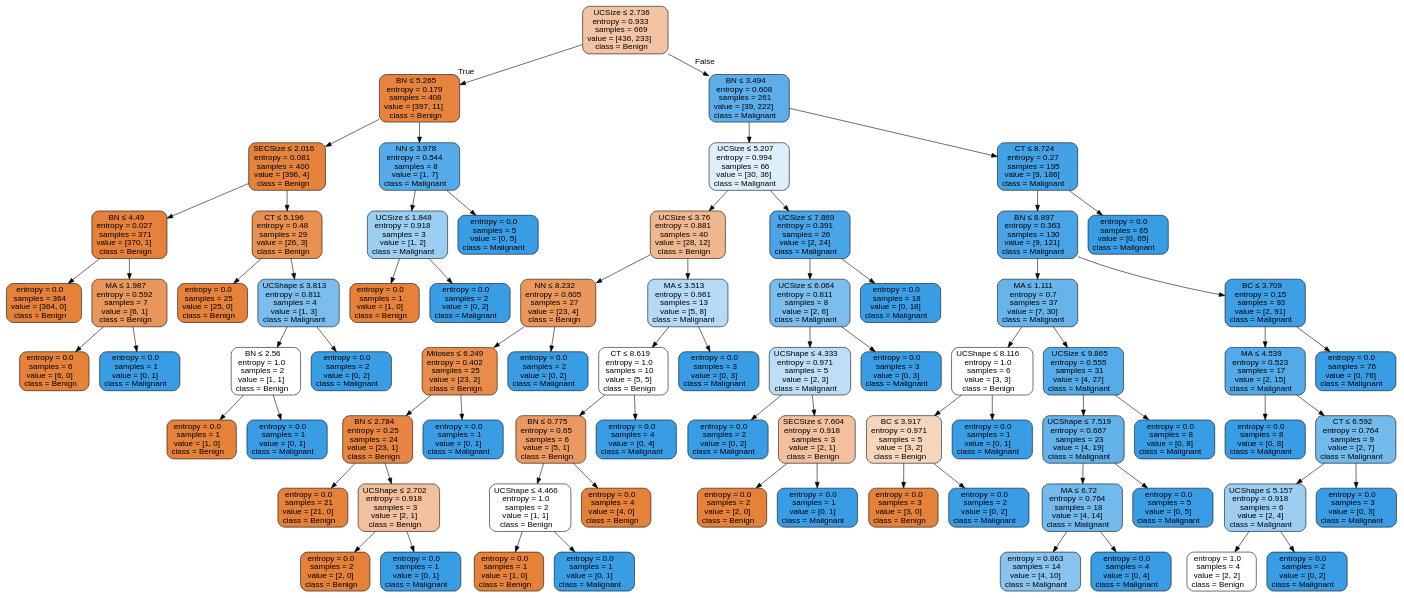
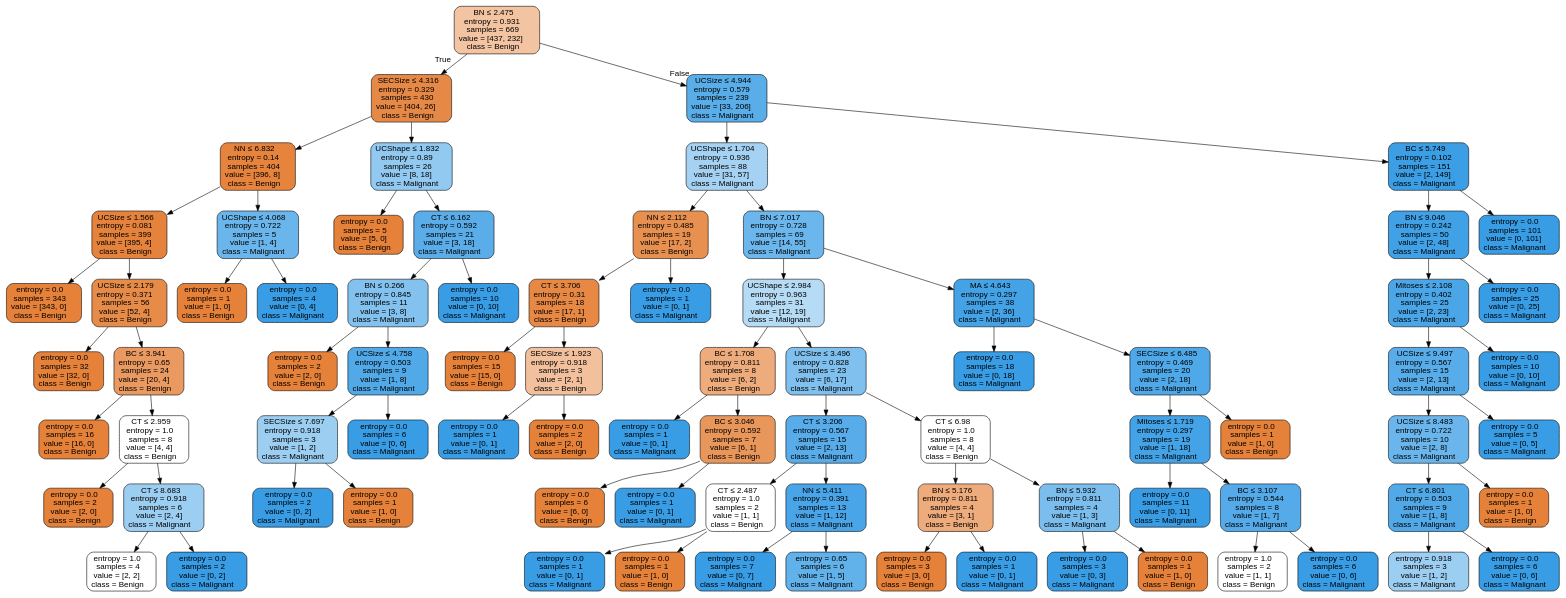
Before and after one commit to TheProjectsGuy/SMAI21-CS7.403: the diagram in Assignments/Assignment 3/Notebooks/tree2.dot, drawn with Graphviz. The commit also changed 5 other files, not shown here.

```diff
--- a/Assignments/Assignment 3/Notebooks/tree2.dot
+++ b/Assignments/Assignment 3/Notebooks/tree2.dot
@@ -1,153 +1,165 @@
 digraph Tree {
 node [shape=box, style="filled, rounded", color="black", fontname="helvetica"] ;
 edge [fontname="helvetica"] ;
-0 [label=<UCSize &le; 2.736<br/>entropy = 0.933<br/>samples = 669<br/>value = [436, 233]<br/>class = Benign>, fillcolor="#f3c4a3"] ;
-1 [label=<BN &le; 5.265<br/>entropy = 0.179<br/>samples = 408<br/>value = [397, 11]<br/>class = Benign>, fillcolor="#e6843e"] ;
+0 [label=<BN &le; 2.475<br/>entropy = 0.931<br/>samples = 669<br/>value = [437, 232]<br/>class = Benign>, fillcolor="#f3c4a2"] ;
+1 [label=<SECSize &le; 4.316<br/>entropy = 0.329<br/>samples = 430<br/>value = [404, 26]<br/>class = Benign>, fillcolor="#e78946"] ;
 0 -> 1 [labeldistance=2.5, labelangle=45, headlabel="True"] ;
-2 [label=<SECSize &le; 2.016<br/>entropy = 0.081<br/>samples = 400<br/>value = [396, 4]<br/>class = Benign>, fillcolor="#e5823b"] ;
+2 [label=<NN &le; 6.832<br/>entropy = 0.14<br/>samples = 404<br/>value = [396, 8]<br/>class = Benign>, fillcolor="#e6843d"] ;
 1 -> 2 ;
-3 [label=<BN &le; 4.49<br/>entropy = 0.027<br/>samples = 371<br/>value = [370, 1]<br/>class = Benign>, fillcolor="#e5813a"] ;
+3 [label=<UCSize &le; 1.566<br/>entropy = 0.081<br/>samples = 399<br/>value = [395, 4]<br/>class = Benign>, fillcolor="#e5823b"] ;
 2 -> 3 ;
-4 [label=<entropy = 0.0<br/>samples = 364<br/>value = [364, 0]<br/>class = Benign>, fillcolor="#e58139"] ;
+4 [label=<entropy = 0.0<br/>samples = 343<br/>value = [343, 0]<br/>class = Benign>, fillcolor="#e58139"] ;
 3 -> 4 ;
-5 [label=<MA &le; 1.987<br/>entropy = 0.592<br/>samples = 7<br/>value = [6, 1]<br/>class = Benign>, fillcolor="#e9965a"] ;
+5 [label=<UCSize &le; 2.179<br/>entropy = 0.371<br/>samples = 56<br/>value = [52, 4]<br/>class = Benign>, fillcolor="#e78b48"] ;
 3 -> 5 ;
-6 [label=<entropy = 0.0<br/>samples = 6<br/>value = [6, 0]<br/>class = Benign>, fillcolor="#e58139"] ;
+6 [label=<entropy = 0.0<br/>samples = 32<br/>value = [32, 0]<br/>class = Benign>, fillcolor="#e58139"] ;
 5 -> 6 ;
-7 [label=<entropy = 0.0<br/>samples = 1<br/>value = [0, 1]<br/>class = Malignant>, fillcolor="#399de5"] ;
+7 [label=<BC &le; 3.941<br/>entropy = 0.65<br/>samples = 24<br/>value = [20, 4]<br/>class = Benign>, fillcolor="#ea9a61"] ;
 5 -> 7 ;
-8 [label=<CT &le; 5.196<br/>entropy = 0.48<br/>samples = 29<br/>value = [26, 3]<br/>class = Benign>, fillcolor="#e89050"] ;
-2 -> 8 ;
-9 [label=<entropy = 0.0<br/>samples = 25<br/>value = [25, 0]<br/>class = Benign>, fillcolor="#e58139"] ;
-8 -> 9 ;
-10 [label=<UCShape &le; 3.813<br/>entropy = 0.811<br/>samples = 4<br/>value = [1, 3]<br/>class = Malignant>, fillcolor="#7bbeee"] ;
-8 -> 10 ;
-11 [label=<BN &le; 2.56<br/>entropy = 1.0<br/>samples = 2<br/>value = [1, 1]<br/>class = Benign>, fillcolor="#ffffff"] ;
-10 -> 11 ;
-12 [label=<entropy = 0.0<br/>samples = 1<br/>value = [1, 0]<br/>class = Benign>, fillcolor="#e58139"] ;
+8 [label=<entropy = 0.0<br/>samples = 16<br/>value = [16, 0]<br/>class = Benign>, fillcolor="#e58139"] ;
+7 -> 8 ;
+9 [label=<CT &le; 2.959<br/>entropy = 1.0<br/>samples = 8<br/>value = [4, 4]<br/>class = Benign>, fillcolor="#ffffff"] ;
+7 -> 9 ;
+10 [label=<entropy = 0.0<br/>samples = 2<br/>value = [2, 0]<br/>class = Benign>, fillcolor="#e58139"] ;
+9 -> 10 ;
+11 [label=<CT &le; 8.683<br/>entropy = 0.918<br/>samples = 6<br/>value = [2, 4]<br/>class = Malignant>, fillcolor="#9ccef2"] ;
+9 -> 11 ;
+12 [label=<entropy = 1.0<br/>samples = 4<br/>value = [2, 2]<br/>class = Benign>, fillcolor="#ffffff"] ;
 11 -> 12 ;
-13 [label=<entropy = 0.0<br/>samples = 1<br/>value = [0, 1]<br/>class = Malignant>, fillcolor="#399de5"] ;
+13 [label=<entropy = 0.0<br/>samples = 2<br/>value = [0, 2]<br/>class = Malignant>, fillcolor="#399de5"] ;
 11 -> 13 ;
-14 [label=<entropy = 0.0<br/>samples = 2<br/>value = [0, 2]<br/>class = Malignant>, fillcolor="#399de5"] ;
-10 -> 14 ;
-15 [label=<NN &le; 3.978<br/>entropy = 0.544<br/>samples = 8<br/>value = [1, 7]<br/>class = Malignant>, fillcolor="#55abe9"] ;
-1 -> 15 ;
-16 [label=<UCSize &le; 1.848<br/>entropy = 0.918<br/>samples = 3<br/>value = [1, 2]<br/>class = Malignant>, fillcolor="#9ccef2"] ;
-15 -> 16 ;
-17 [label=<entropy = 0.0<br/>samples = 1<br/>value = [1, 0]<br/>class = Benign>, fillcolor="#e58139"] ;
-16 -> 17 ;
-18 [label=<entropy = 0.0<br/>samples = 2<br/>value = [0, 2]<br/>class = Malignant>, fillcolor="#399de5"] ;
-16 -> 18 ;
-19 [label=<entropy = 0.0<br/>samples = 5<br/>value = [0, 5]<br/>class = Malignant>, fillcolor="#399de5"] ;
-15 -> 19 ;
-20 [label=<BN &le; 3.494<br/>entropy = 0.608<br/>samples = 261<br/>value = [39, 222]<br/>class = Malignant>, fillcolor="#5caeea"] ;
-0 -> 20 [labeldistance=2.5, labelangle=-45, headlabel="False"] ;
-21 [label=<UCSize &le; 5.207<br/>entropy = 0.994<br/>samples = 66<br/>value = [30, 36]<br/>class = Malignant>, fillcolor="#deeffb"] ;
+14 [label=<UCShape &le; 4.068<br/>entropy = 0.722<br/>samples = 5<br/>value = [1, 4]<br/>class = Malignant>, fillcolor="#6ab6ec"] ;
+2 -> 14 ;
+15 [label=<entropy = 0.0<br/>samples = 1<br/>value = [1, 0]<br/>class = Benign>, fillcolor="#e58139"] ;
+14 -> 15 ;
+16 [label=<entropy = 0.0<br/>samples = 4<br/>value = [0, 4]<br/>class = Malignant>, fillcolor="#399de5"] ;
+14 -> 16 ;
+17 [label=<UCShape &le; 1.832<br/>entropy = 0.89<br/>samples = 26<br/>value = [8, 18]<br/>class = Malignant>, fillcolor="#91c9f1"] ;
+1 -> 17 ;
+18 [label=<entropy = 0.0<br/>samples = 5<br/>value = [5, 0]<br/>class = Benign>, fillcolor="#e58139"] ;
+17 -> 18 ;
+19 [label=<CT &le; 6.162<br/>entropy = 0.592<br/>samples = 21<br/>value = [3, 18]<br/>class = Malignant>, fillcolor="#5aade9"] ;
+17 -> 19 ;
+20 [label=<BN &le; 0.266<br/>entropy = 0.845<br/>samples = 11<br/>value = [3, 8]<br/>class = Malignant>, fillcolor="#83c2ef"] ;
+19 -> 20 ;
+21 [label=<entropy = 0.0<br/>samples = 2<br/>value = [2, 0]<br/>class = Benign>, fillcolor="#e58139"] ;
 20 -> 21 ;
-22 [label=<UCSize &le; 3.76<br/>entropy = 0.881<br/>samples = 40<br/>value = [28, 12]<br/>class = Benign>, fillcolor="#f0b78e"] ;
-21 -> 22 ;
-23 [label=<NN &le; 8.232<br/>entropy = 0.605<br/>samples = 27<br/>value = [23, 4]<br/>class = Benign>, fillcolor="#ea975b"] ;
+22 [label=<UCSize &le; 4.758<br/>entropy = 0.503<br/>samples = 9<br/>value = [1, 8]<br/>class = Malignant>, fillcolor="#52a9e8"] ;
+20 -> 22 ;
+23 [label=<SECSize &le; 7.697<br/>entropy = 0.918<br/>samples = 3<br/>value = [1, 2]<br/>class = Malignant>, fillcolor="#9ccef2"] ;
 22 -> 23 ;
-24 [label=<Mitoses &le; 6.249<br/>entropy = 0.402<br/>samples = 25<br/>value = [23, 2]<br/>class = Benign>, fillcolor="#e78c4a"] ;
+24 [label=<entropy = 0.0<br/>samples = 2<br/>value = [0, 2]<br/>class = Malignant>, fillcolor="#399de5"] ;
 23 -> 24 ;
-25 [label=<BN &le; 2.784<br/>entropy = 0.25<br/>samples = 24<br/>value = [23, 1]<br/>class = Benign>, fillcolor="#e68642"] ;
-24 -> 25 ;
-26 [label=<entropy = 0.0<br/>samples = 21<br/>value = [21, 0]<br/>class = Benign>, fillcolor="#e58139"] ;
-25 -> 26 ;
-27 [label=<UCShape &le; 2.702<br/>entropy = 0.918<br/>samples = 3<br/>value = [2, 1]<br/>class = Benign>, fillcolor="#f2c09c"] ;
-25 -> 27 ;
-28 [label=<entropy = 0.0<br/>samples = 2<br/>value = [2, 0]<br/>class = Benign>, fillcolor="#e58139"] ;
-27 -> 28 ;
-29 [label=<entropy = 0.0<br/>samples = 1<br/>value = [0, 1]<br/>class = Malignant>, fillcolor="#399de5"] ;
-27 -> 29 ;
-30 [label=<entropy = 0.0<br/>samples = 1<br/>value = [0, 1]<br/>class = Malignant>, fillcolor="#399de5"] ;
-24 -> 30 ;
-31 [label=<entropy = 0.0<br/>samples = 2<br/>value = [0, 2]<br/>class = Malignant>, fillcolor="#399de5"] ;
-23 -> 31 ;
-32 [label=<MA &le; 3.513<br/>entropy = 0.961<br/>samples = 13<br/>value = [5, 8]<br/>class = Malignant>, fillcolor="#b5daf5"] ;
-22 -> 32 ;
-33 [label=<CT &le; 8.619<br/>entropy = 1.0<br/>samples = 10<br/>value = [5, 5]<br/>class = Benign>, fillcolor="#ffffff"] ;
-32 -> 33 ;
-34 [label=<BN &le; 0.775<br/>entropy = 0.65<br/>samples = 6<br/>value = [5, 1]<br/>class = Benign>, fillcolor="#ea9a61"] ;
+25 [label=<entropy = 0.0<br/>samples = 1<br/>value = [1, 0]<br/>class = Benign>, fillcolor="#e58139"] ;
+23 -> 25 ;
+26 [label=<entropy = 0.0<br/>samples = 6<br/>value = [0, 6]<br/>class = Malignant>, fillcolor="#399de5"] ;
+22 -> 26 ;
+27 [label=<entropy = 0.0<br/>samples = 10<br/>value = [0, 10]<br/>class = Malignant>, fillcolor="#399de5"] ;
+19 -> 27 ;
+28 [label=<UCSize &le; 4.944<br/>entropy = 0.579<br/>samples = 239<br/>value = [33, 206]<br/>class = Malignant>, fillcolor="#59ade9"] ;
+0 -> 28 [labeldistance=2.5, labelangle=-45, headlabel="False"] ;
+29 [label=<UCShape &le; 1.704<br/>entropy = 0.936<br/>samples = 88<br/>value = [31, 57]<br/>class = Malignant>, fillcolor="#a5d2f3"] ;
+28 -> 29 ;
+30 [label=<NN &le; 2.112<br/>entropy = 0.485<br/>samples = 19<br/>value = [17, 2]<br/>class = Benign>, fillcolor="#e89050"] ;
+29 -> 30 ;
+31 [label=<CT &le; 3.706<br/>entropy = 0.31<br/>samples = 18<br/>value = [17, 1]<br/>class = Benign>, fillcolor="#e78845"] ;
+30 -> 31 ;
+32 [label=<entropy = 0.0<br/>samples = 15<br/>value = [15, 0]<br/>class = Benign>, fillcolor="#e58139"] ;
+31 -> 32 ;
+33 [label=<SECSize &le; 1.923<br/>entropy = 0.918<br/>samples = 3<br/>value = [2, 1]<br/>class = Benign>, fillcolor="#f2c09c"] ;
+31 -> 33 ;
+34 [label=<entropy = 0.0<br/>samples = 1<br/>value = [0, 1]<br/>class = Malignant>, fillcolor="#399de5"] ;
 33 -> 34 ;
-35 [label=<UCShape &le; 4.466<br/>entropy = 1.0<br/>samples = 2<br/>value = [1, 1]<br/>class = Benign>, fillcolor="#ffffff"] ;
-34 -> 35 ;
-36 [label=<entropy = 0.0<br/>samples = 1<br/>value = [1, 0]<br/>class = Benign>, fillcolor="#e58139"] ;
-35 -> 36 ;
-37 [label=<entropy = 0.0<br/>samples = 1<br/>value = [0, 1]<br/>class = Malignant>, fillcolor="#399de5"] ;
-35 -> 37 ;
-38 [label=<entropy = 0.0<br/>samples = 4<br/>value = [4, 0]<br/>class = Benign>, fillcolor="#e58139"] ;
-34 -> 38 ;
-39 [label=<entropy = 0.0<br/>samples = 4<br/>value = [0, 4]<br/>class = Malignant>, fillcolor="#399de5"] ;
-33 -> 39 ;
-40 [label=<entropy = 0.0<br/>samples = 3<br/>value = [0, 3]<br/>class = Malignant>, fillcolor="#399de5"] ;
-32 -> 40 ;
-41 [label=<UCSize &le; 7.869<br/>entropy = 0.391<br/>samples = 26<br/>value = [2, 24]<br/>class = Malignant>, fillcolor="#49a5e7"] ;
-21 -> 41 ;
-42 [label=<UCSize &le; 6.064<br/>entropy = 0.811<br/>samples = 8<br/>value = [2, 6]<br/>class = Malignant>, fillcolor="#7bbeee"] ;
+35 [label=<entropy = 0.0<br/>samples = 2<br/>value = [2, 0]<br/>class = Benign>, fillcolor="#e58139"] ;
+33 -> 35 ;
+36 [label=<entropy = 0.0<br/>samples = 1<br/>value = [0, 1]<br/>class = Malignant>, fillcolor="#399de5"] ;
+30 -> 36 ;
+37 [label=<BN &le; 7.017<br/>entropy = 0.728<br/>samples = 69<br/>value = [14, 55]<br/>class = Malignant>, fillcolor="#6bb6ec"] ;
+29 -> 37 ;
+38 [label=<UCShape &le; 2.984<br/>entropy = 0.963<br/>samples = 31<br/>value = [12, 19]<br/>class = Malignant>, fillcolor="#b6dbf5"] ;
+37 -> 38 ;
+39 [label=<BC &le; 1.708<br/>entropy = 0.811<br/>samples = 8<br/>value = [6, 2]<br/>class = Benign>, fillcolor="#eeab7b"] ;
+38 -> 39 ;
+40 [label=<entropy = 0.0<br/>samples = 1<br/>value = [0, 1]<br/>class = Malignant>, fillcolor="#399de5"] ;
+39 -> 40 ;
+41 [label=<BC &le; 3.046<br/>entropy = 0.592<br/>samples = 7<br/>value = [6, 1]<br/>class = Benign>, fillcolor="#e9965a"] ;
+39 -> 41 ;
+42 [label=<entropy = 0.0<br/>samples = 6<br/>value = [6, 0]<br/>class = Benign>, fillcolor="#e58139"] ;
 41 -> 42 ;
-43 [label=<UCShape &le; 4.333<br/>entropy = 0.971<br/>samples = 5<br/>value = [2, 3]<br/>class = Malignant>, fillcolor="#bddef6"] ;
-42 -> 43 ;
-44 [label=<entropy = 0.0<br/>samples = 2<br/>value = [0, 2]<br/>class = Malignant>, fillcolor="#399de5"] ;
-43 -> 44 ;
-45 [label=<SECSize &le; 7.604<br/>entropy = 0.918<br/>samples = 3<br/>value = [2, 1]<br/>class = Benign>, fillcolor="#f2c09c"] ;
-43 -> 45 ;
-46 [label=<entropy = 0.0<br/>samples = 2<br/>value = [2, 0]<br/>class = Benign>, fillcolor="#e58139"] ;
+43 [label=<entropy = 0.0<br/>samples = 1<br/>value = [0, 1]<br/>class = Malignant>, fillcolor="#399de5"] ;
+41 -> 43 ;
+44 [label=<UCSize &le; 3.496<br/>entropy = 0.828<br/>samples = 23<br/>value = [6, 17]<br/>class = Malignant>, fillcolor="#7fc0ee"] ;
+38 -> 44 ;
+45 [label=<CT &le; 3.206<br/>entropy = 0.567<br/>samples = 15<br/>value = [2, 13]<br/>class = Malignant>, fillcolor="#57ace9"] ;
+44 -> 45 ;
+46 [label=<CT &le; 2.487<br/>entropy = 1.0<br/>samples = 2<br/>value = [1, 1]<br/>class = Benign>, fillcolor="#ffffff"] ;
 45 -> 46 ;
 47 [label=<entropy = 0.0<br/>samples = 1<br/>value = [0, 1]<br/>class = Malignant>, fillcolor="#399de5"] ;
-45 -> 47 ;
-48 [label=<entropy = 0.0<br/>samples = 3<br/>value = [0, 3]<br/>class = Malignant>, fillcolor="#399de5"] ;
-42 -> 48 ;
-49 [label=<entropy = 0.0<br/>samples = 18<br/>value = [0, 18]<br/>class = Malignant>, fillcolor="#399de5"] ;
-41 -> 49 ;
-50 [label=<CT &le; 8.724<br/>entropy = 0.27<br/>samples = 195<br/>value = [9, 186]<br/>class = Malignant>, fillcolor="#43a2e6"] ;
-20 -> 50 ;
-51 [label=<BN &le; 8.897<br/>entropy = 0.363<br/>samples = 130<br/>value = [9, 121]<br/>class = Malignant>, fillcolor="#48a4e7"] ;
-50 -> 51 ;
-52 [label=<MA &le; 1.111<br/>entropy = 0.7<br/>samples = 37<br/>value = [7, 30]<br/>class = Malignant>, fillcolor="#67b4eb"] ;
-51 -> 52 ;
-53 [label=<UCShape &le; 8.116<br/>entropy = 1.0<br/>samples = 6<br/>value = [3, 3]<br/>class = Benign>, fillcolor="#ffffff"] ;
+46 -> 47 ;
+48 [label=<entropy = 0.0<br/>samples = 1<br/>value = [1, 0]<br/>class = Benign>, fillcolor="#e58139"] ;
+46 -> 48 ;
+49 [label=<NN &le; 5.411<br/>entropy = 0.391<br/>samples = 13<br/>value = [1, 12]<br/>class = Malignant>, fillcolor="#49a5e7"] ;
+45 -> 49 ;
+50 [label=<entropy = 0.0<br/>samples = 7<br/>value = [0, 7]<br/>class = Malignant>, fillcolor="#399de5"] ;
+49 -> 50 ;
+51 [label=<entropy = 0.65<br/>samples = 6<br/>value = [1, 5]<br/>class = Malignant>, fillcolor="#61b1ea"] ;
+49 -> 51 ;
+52 [label=<CT &le; 6.98<br/>entropy = 1.0<br/>samples = 8<br/>value = [4, 4]<br/>class = Benign>, fillcolor="#ffffff"] ;
+44 -> 52 ;
+53 [label=<BN &le; 5.176<br/>entropy = 0.811<br/>samples = 4<br/>value = [3, 1]<br/>class = Benign>, fillcolor="#eeab7b"] ;
 52 -> 53 ;
-54 [label=<BC &le; 3.917<br/>entropy = 0.971<br/>samples = 5<br/>value = [3, 2]<br/>class = Benign>, fillcolor="#f6d5bd"] ;
+54 [label=<entropy = 0.0<br/>samples = 3<br/>value = [3, 0]<br/>class = Benign>, fillcolor="#e58139"] ;
 53 -> 54 ;
-55 [label=<entropy = 0.0<br/>samples = 3<br/>value = [3, 0]<br/>class = Benign>, fillcolor="#e58139"] ;
-54 -> 55 ;
-56 [label=<entropy = 0.0<br/>samples = 2<br/>value = [0, 2]<br/>class = Malignant>, fillcolor="#399de5"] ;
-54 -> 56 ;
-57 [label=<entropy = 0.0<br/>samples = 1<br/>value = [0, 1]<br/>class = Malignant>, fillcolor="#399de5"] ;
-53 -> 57 ;
-58 [label=<UCSize &le; 9.865<br/>entropy = 0.555<br/>samples = 31<br/>value = [4, 27]<br/>class = Malignant>, fillcolor="#56ace9"] ;
-52 -> 58 ;
-59 [label=<UCShape &le; 7.519<br/>entropy = 0.667<br/>samples = 23<br/>value = [4, 19]<br/>class = Malignant>, fillcolor="#63b2ea"] ;
-58 -> 59 ;
-60 [label=<MA &le; 6.72<br/>entropy = 0.764<br/>samples = 18<br/>value = [4, 14]<br/>class = Malignant>, fillcolor="#72b9ec"] ;
+55 [label=<entropy = 0.0<br/>samples = 1<br/>value = [0, 1]<br/>class = Malignant>, fillcolor="#399de5"] ;
+53 -> 55 ;
+56 [label=<BN &le; 5.932<br/>entropy = 0.811<br/>samples = 4<br/>value = [1, 3]<br/>class = Malignant>, fillcolor="#7bbeee"] ;
+52 -> 56 ;
+57 [label=<entropy = 0.0<br/>samples = 3<br/>value = [0, 3]<br/>class = Malignant>, fillcolor="#399de5"] ;
+56 -> 57 ;
+58 [label=<entropy = 0.0<br/>samples = 1<br/>value = [1, 0]<br/>class = Benign>, fillcolor="#e58139"] ;
+56 -> 58 ;
+59 [label=<MA &le; 4.643<br/>entropy = 0.297<br/>samples = 38<br/>value = [2, 36]<br/>class = Malignant>, fillcolor="#44a2e6"] ;
+37 -> 59 ;
+60 [label=<entropy = 0.0<br/>samples = 18<br/>value = [0, 18]<br/>class = Malignant>, fillcolor="#399de5"] ;
 59 -> 60 ;
-61 [label=<entropy = 0.863<br/>samples = 14<br/>value = [4, 10]<br/>class = Malignant>, fillcolor="#88c4ef"] ;
-60 -> 61 ;
-62 [label=<entropy = 0.0<br/>samples = 4<br/>value = [0, 4]<br/>class = Malignant>, fillcolor="#399de5"] ;
-60 -> 62 ;
-63 [label=<entropy = 0.0<br/>samples = 5<br/>value = [0, 5]<br/>class = Malignant>, fillcolor="#399de5"] ;
-59 -> 63 ;
-64 [label=<entropy = 0.0<br/>samples = 8<br/>value = [0, 8]<br/>class = Malignant>, fillcolor="#399de5"] ;
-58 -> 64 ;
-65 [label=<BC &le; 3.709<br/>entropy = 0.15<br/>samples = 93<br/>value = [2, 91]<br/>class = Malignant>, fillcolor="#3d9fe6"] ;
-51 -> 65 ;
-66 [label=<MA &le; 4.539<br/>entropy = 0.523<br/>samples = 17<br/>value = [2, 15]<br/>class = Malignant>, fillcolor="#53aae8"] ;
-65 -> 66 ;
-67 [label=<entropy = 0.0<br/>samples = 8<br/>value = [0, 8]<br/>class = Malignant>, fillcolor="#399de5"] ;
-66 -> 67 ;
-68 [label=<CT &le; 6.592<br/>entropy = 0.764<br/>samples = 9<br/>value = [2, 7]<br/>class = Malignant>, fillcolor="#72b9ec"] ;
-66 -> 68 ;
-69 [label=<UCShape &le; 5.157<br/>entropy = 0.918<br/>samples = 6<br/>value = [2, 4]<br/>class = Malignant>, fillcolor="#9ccef2"] ;
+61 [label=<SECSize &le; 6.485<br/>entropy = 0.469<br/>samples = 20<br/>value = [2, 18]<br/>class = Malignant>, fillcolor="#4fa8e8"] ;
+59 -> 61 ;
+62 [label=<Mitoses &le; 1.719<br/>entropy = 0.297<br/>samples = 19<br/>value = [1, 18]<br/>class = Malignant>, fillcolor="#44a2e6"] ;
+61 -> 62 ;
+63 [label=<entropy = 0.0<br/>samples = 11<br/>value = [0, 11]<br/>class = Malignant>, fillcolor="#399de5"] ;
+62 -> 63 ;
+64 [label=<BC &le; 3.107<br/>entropy = 0.544<br/>samples = 8<br/>value = [1, 7]<br/>class = Malignant>, fillcolor="#55abe9"] ;
+62 -> 64 ;
+65 [label=<entropy = 1.0<br/>samples = 2<br/>value = [1, 1]<br/>class = Benign>, fillcolor="#ffffff"] ;
+64 -> 65 ;
+66 [label=<entropy = 0.0<br/>samples = 6<br/>value = [0, 6]<br/>class = Malignant>, fillcolor="#399de5"] ;
+64 -> 66 ;
+67 [label=<entropy = 0.0<br/>samples = 1<br/>value = [1, 0]<br/>class = Benign>, fillcolor="#e58139"] ;
+61 -> 67 ;
+68 [label=<BC &le; 5.749<br/>entropy = 0.102<br/>samples = 151<br/>value = [2, 149]<br/>class = Malignant>, fillcolor="#3c9ee5"] ;
+28 -> 68 ;
+69 [label=<BN &le; 9.046<br/>entropy = 0.242<br/>samples = 50<br/>value = [2, 48]<br/>class = Malignant>, fillcolor="#41a1e6"] ;
 68 -> 69 ;
-70 [label=<entropy = 1.0<br/>samples = 4<br/>value = [2, 2]<br/>class = Benign>, fillcolor="#ffffff"] ;
+70 [label=<Mitoses &le; 2.108<br/>entropy = 0.402<br/>samples = 25<br/>value = [2, 23]<br/>class = Malignant>, fillcolor="#4aa6e7"] ;
 69 -> 70 ;
-71 [label=<entropy = 0.0<br/>samples = 2<br/>value = [0, 2]<br/>class = Malignant>, fillcolor="#399de5"] ;
-69 -> 71 ;
-72 [label=<entropy = 0.0<br/>samples = 3<br/>value = [0, 3]<br/>class = Malignant>, fillcolor="#399de5"] ;
-68 -> 72 ;
-73 [label=<entropy = 0.0<br/>samples = 76<br/>value = [0, 76]<br/>class = Malignant>, fillcolor="#399de5"] ;
-65 -> 73 ;
-74 [label=<entropy = 0.0<br/>samples = 65<br/>value = [0, 65]<br/>class = Malignant>, fillcolor="#399de5"] ;
-50 -> 74 ;
+71 [label=<UCSize &le; 9.497<br/>entropy = 0.567<br/>samples = 15<br/>value = [2, 13]<br/>class = Malignant>, fillcolor="#57ace9"] ;
+70 -> 71 ;
+72 [label=<UCSize &le; 8.483<br/>entropy = 0.722<br/>samples = 10<br/>value = [2, 8]<br/>class = Malignant>, fillcolor="#6ab6ec"] ;
+71 -> 72 ;
+73 [label=<CT &le; 6.801<br/>entropy = 0.503<br/>samples = 9<br/>value = [1, 8]<br/>class = Malignant>, fillcolor="#52a9e8"] ;
+72 -> 73 ;
+74 [label=<entropy = 0.918<br/>samples = 3<br/>value = [1, 2]<br/>class = Malignant>, fillcolor="#9ccef2"] ;
+73 -> 74 ;
+75 [label=<entropy = 0.0<br/>samples = 6<br/>value = [0, 6]<br/>class = Malignant>, fillcolor="#399de5"] ;
+73 -> 75 ;
+76 [label=<entropy = 0.0<br/>samples = 1<br/>value = [1, 0]<br/>class = Benign>, fillcolor="#e58139"] ;
+72 -> 76 ;
+77 [label=<entropy = 0.0<br/>samples = 5<br/>value = [0, 5]<br/>class = Malignant>, fillcolor="#399de5"] ;
+71 -> 77 ;
+78 [label=<entropy = 0.0<br/>samples = 10<br/>value = [0, 10]<br/>class = Malignant>, fillcolor="#399de5"] ;
+70 -> 78 ;
+79 [label=<entropy = 0.0<br/>samples = 25<br/>value = [0, 25]<br/>class = Malignant>, fillcolor="#399de5"] ;
+69 -> 79 ;
+80 [label=<entropy = 0.0<br/>samples = 101<br/>value = [0, 101]<br/>class = Malignant>, fillcolor="#399de5"] ;
+68 -> 80 ;
 }
```
